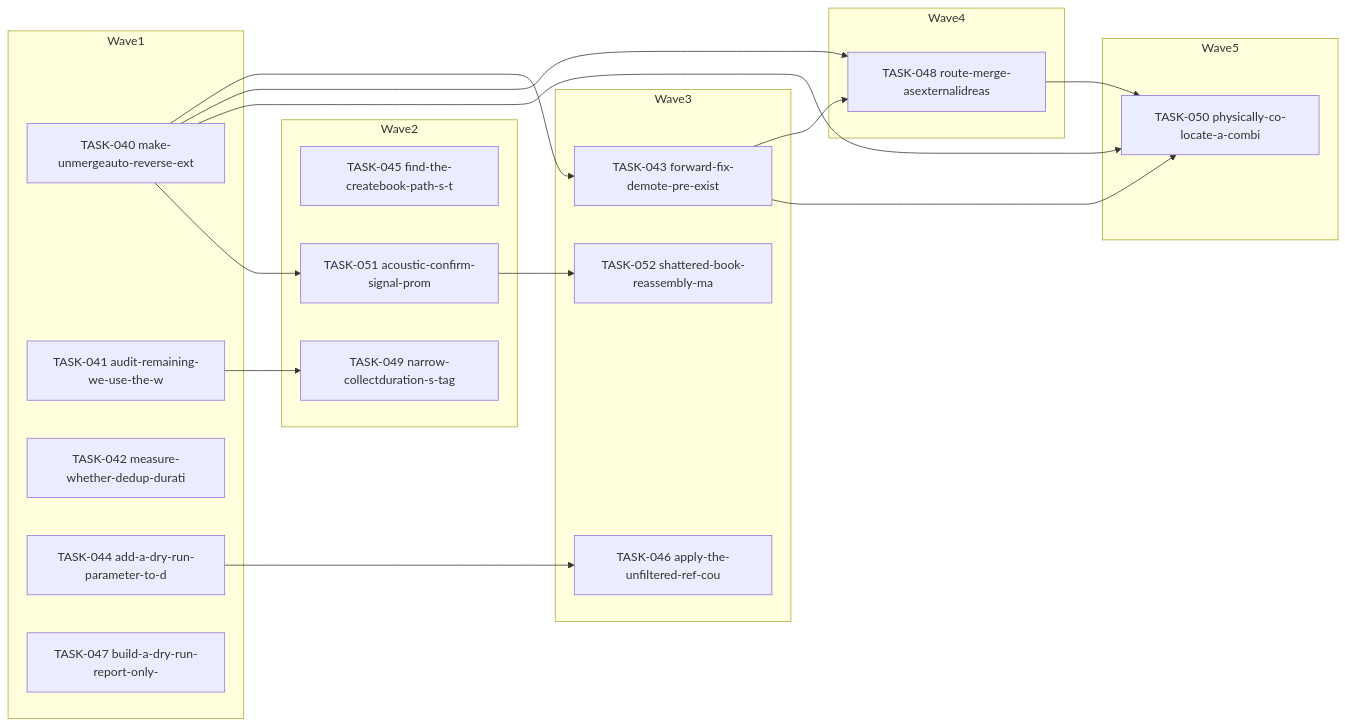
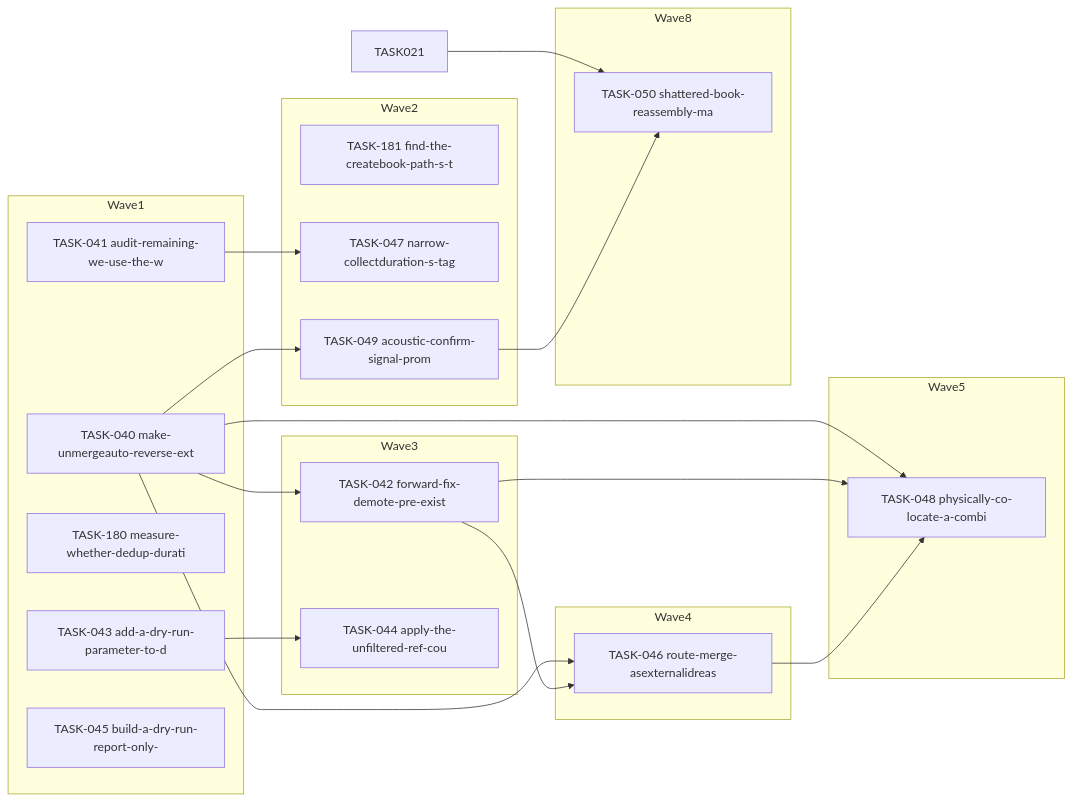
Before and after one commit to falkcorp/audiobook-organizer: the diagram in docs/agent-tasks/todo-completion/dedup/orchestration.md, drawn with Mermaid. The commit also changed other lines of this file and 406 other files, not shown here.

````diff
--- a/docs/agent-tasks/todo-completion/dedup/orchestration.md
+++ b/docs/agent-tasks/todo-completion/dedup/orchestration.md
@@ -12,36 +12,39 @@
 ```mermaid
 flowchart LR
     subgraph Wave1
       TASK040[TASK-040 make-unmergeauto-reverse-ext]
       TASK041[TASK-041 audit-remaining-we-use-the-w]
-      TASK042[TASK-042 measure-whether-dedup-durati]
-      TASK044[TASK-044 add-a-dry-run-parameter-to-d]
-      TASK047[TASK-047 build-a-dry-run-report-only-]
+      TASK180[TASK-180 measure-whether-dedup-durati]
+      TASK043[TASK-043 add-a-dry-run-parameter-to-d]
+      TASK045[TASK-045 build-a-dry-run-report-only-]
     end
     subgraph Wave2
-      TASK045[TASK-045 find-the-createbook-path-s-t]
-      TASK049[TASK-049 narrow-collectduration-s-tag]
-      TASK051[TASK-051 acoustic-confirm-signal-prom]
+      TASK181[TASK-181 find-the-createbook-path-s-t]
+      TASK047[TASK-047 narrow-collectduration-s-tag]
+      TASK049[TASK-049 acoustic-confirm-signal-prom]
     end
     subgraph Wave3
-      TASK043[TASK-043 forward-fix-demote-pre-exist]
-      TASK046[TASK-046 apply-the-unfiltered-ref-cou]
-      TASK052[TASK-052 shattered-book-reassembly-ma]
+      TASK042[TASK-042 forward-fix-demote-pre-exist]
+      TASK044[TASK-044 apply-the-unfiltered-ref-cou]
     end
     subgraph Wave4
-      TASK048[TASK-048 route-merge-asexternalidreas]
+      TASK046[TASK-046 route-merge-asexternalidreas]
     end
     subgraph Wave5
-      TASK050[TASK-050 physically-co-locate-a-combi]
+      TASK048[TASK-048 physically-co-locate-a-combi]
     end
-    TASK040 --> TASK043
+    subgraph Wave8
+      TASK050[TASK-050 shattered-book-reassembly-ma]
+    end
+    TASK021 --> TASK050
+    TASK040 --> TASK042
+    TASK040 --> TASK046
     TASK040 --> TASK048
-    TASK040 --> TASK050
-    TASK040 --> TASK051
-    TASK041 --> TASK049
-    TASK043 --> TASK048
-    TASK043 --> TASK050
-    TASK044 --> TASK046
-    TASK048 --> TASK050
-    TASK051 --> TASK052
+    TASK040 --> TASK049
+    TASK041 --> TASK047
+    TASK042 --> TASK046
+    TASK042 --> TASK048
+    TASK043 --> TASK044
+    TASK046 --> TASK048
+    TASK049 --> TASK050
 ```
````
